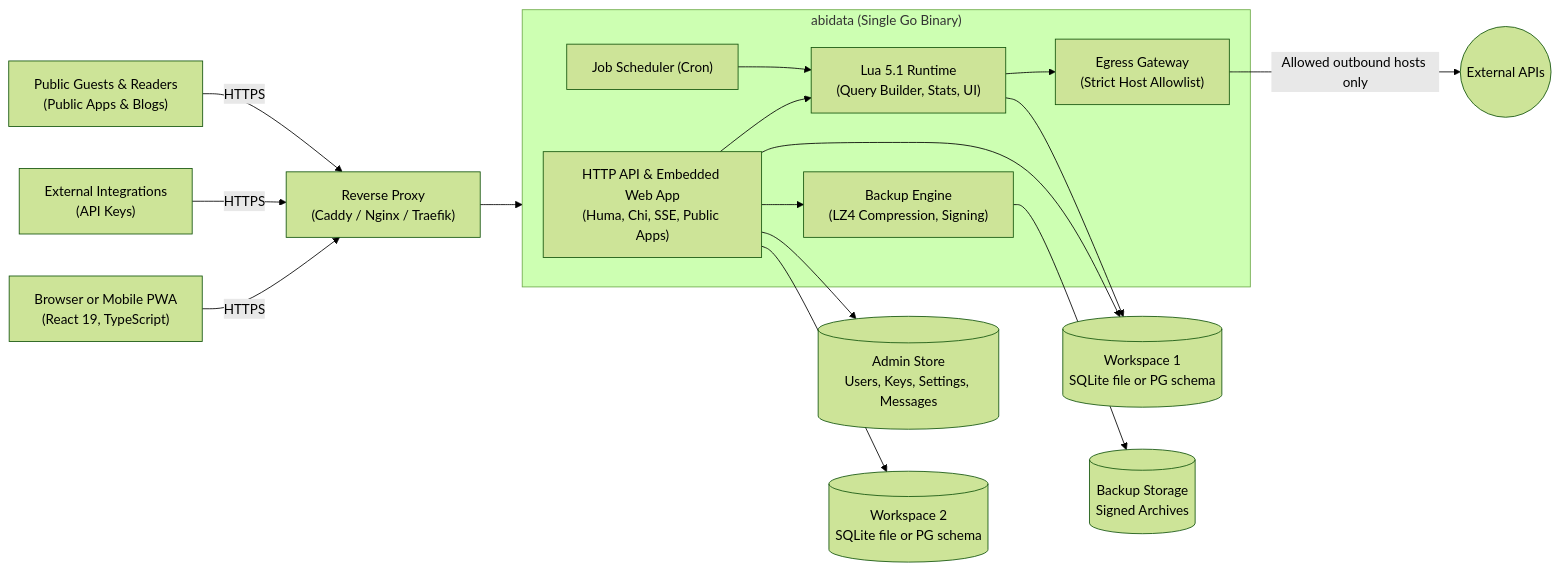
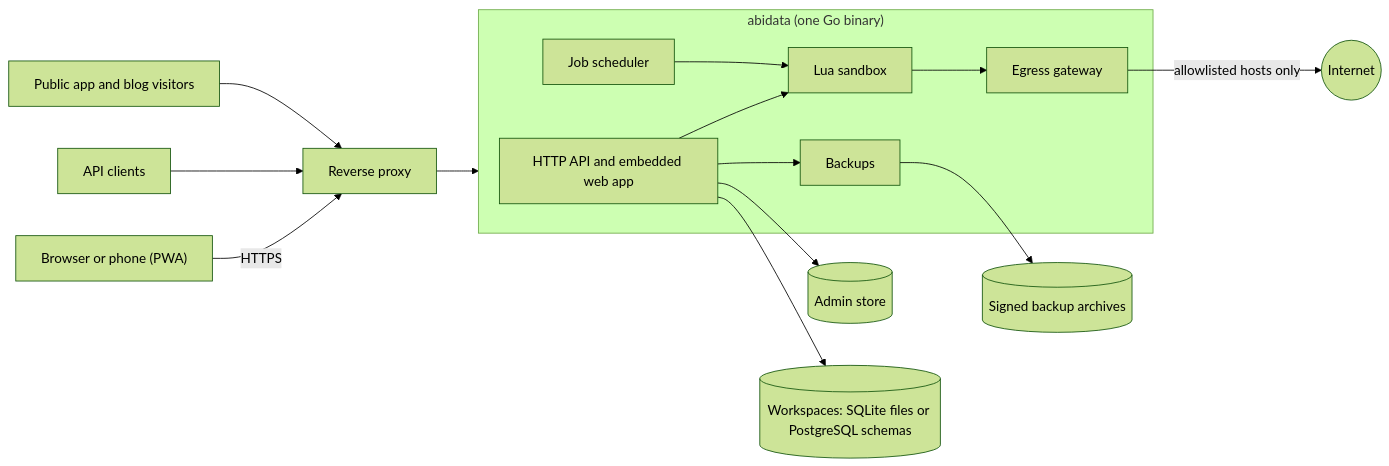
The diagram in README.md (AbishYoung/AbiData), drawn with Mermaid (forest theme) before and after one commit. The commit also changed other lines of this file and 3 other files, not shown here.

````diff
--- a/README.md
+++ b/README.md
@@ -323,26 +124,24 @@
 ```mermaid
 flowchart LR
-  B["Browser or Mobile PWA<br/>(React 19, TypeScript)"] -->|HTTPS| C["Reverse Proxy<br/>(Caddy / Nginx / Traefik)"]
-  K["External Integrations<br/>(API Keys)"] -->|HTTPS| C
-  V["Public Guests & Readers<br/>(Public Apps & Blogs)"] -->|HTTPS| C
-  C --> S
+  B["Browser or phone (PWA)"] -->|HTTPS| P["Reverse proxy"]
+  K["API clients"] --> P
+  G["Public app and blog visitors"] --> P
+  P --> S
 
-  subgraph S["abidata (Single Go Binary)"]
-    API["HTTP API & Embedded Web App<br/>(Huma, Chi, SSE, Public Apps)"]
-    SCH["Job Scheduler (Cron)"]
-    SBX["Lua 5.1 Runtime<br/>(Query Builder, Stats, UI)"]
-    EG["Egress Gateway<br/>(Strict Host Allowlist)"]
-    BK["Backup Engine<br/>(LZ4 Compression, Signing)"]
-    API --> SBX
-    SCH --> SBX
-    SBX --> EG
+  subgraph S["abidata (one Go binary)"]
+    API["HTTP API and embedded web app"]
+    SCH["Job scheduler"]
+    LUA["Lua sandbox"]
+    EG["Egress gateway"]
+    BK["Backups"]
+    API --> LUA
+    SCH --> LUA
+    LUA --> EG
     API --> BK
   end
 
-  API --> ADM[("Admin Store<br/>Users, Keys, Settings, Messages")]
-  API --> W1[("Workspace 1<br/>SQLite file or PG schema")]
-  SBX --> W1
-  API --> W2[("Workspace 2<br/>SQLite file or PG schema")]
-  BK --> BD[("Backup Storage<br/>Signed Archives")]
-  EG -->|Allowed outbound hosts only| NET((External APIs))
+  API --> ADM[("Admin store")]
+  API --> W[("Workspaces: SQLite files or PostgreSQL schemas")]
+  BK --> BD[("Signed backup archives")]
+  EG -->|allowlisted hosts only| NET((Internet))
 ```
````
